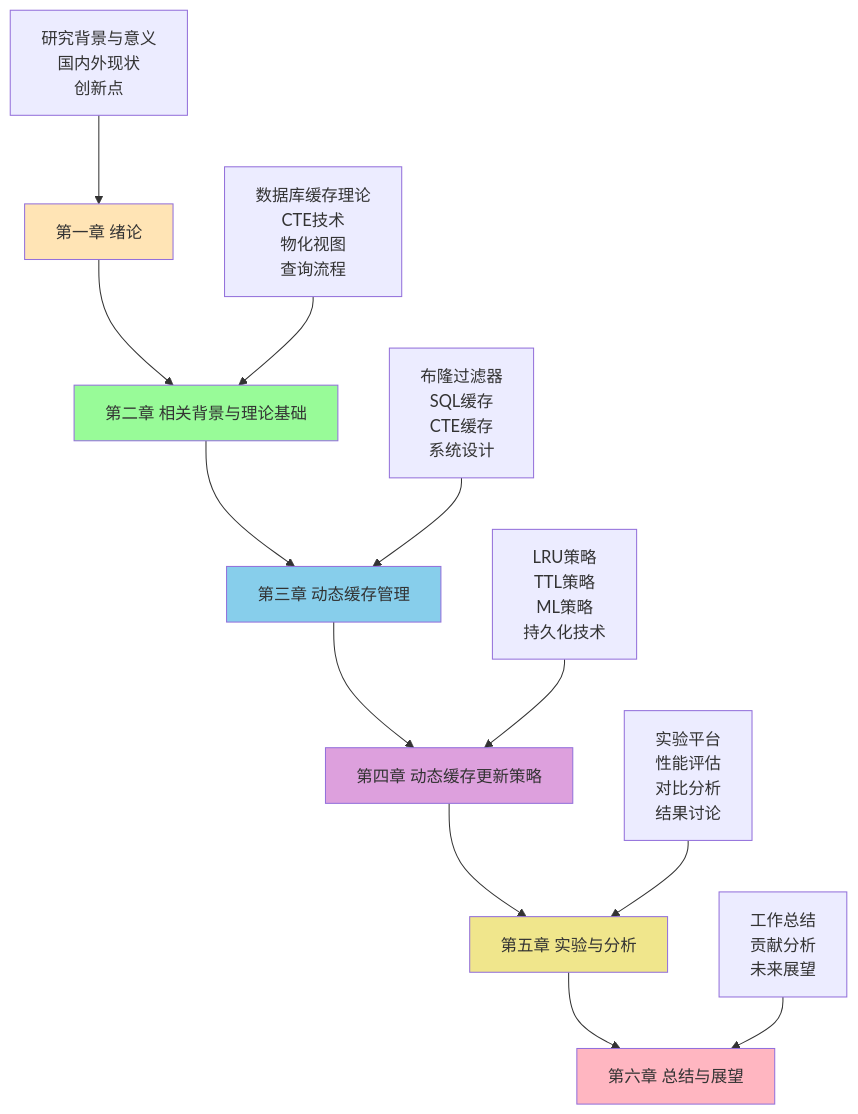
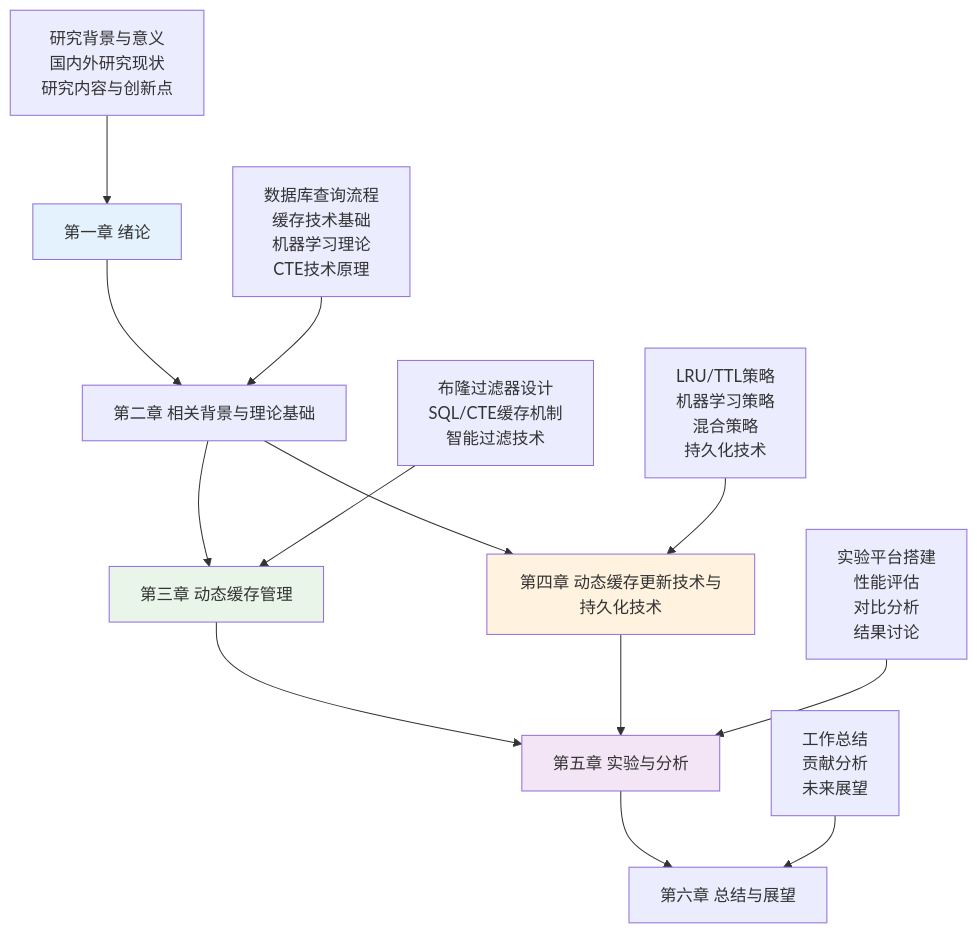
Before and after one commit to crazypenguincode/duckdb: the second of 2 diagrams in md/第一章-绪论.md, drawn with Mermaid. The commit also changed other lines of this file and 361 other files, not shown here.

````diff
--- a/md/第一章-绪论.md
+++ b/md/第一章-绪论.md
@@ -327,22 +375,21 @@
 ```mermaid
 graph TD
     A[第一章 绪论] --> B[第二章 相关背景与理论基础]
     B --> C[第三章 动态缓存管理]
-    C --> D[第四章 动态缓存更新策略]
-    D --> E[第五章 实验与分析]
+    B --> D[第四章 动态缓存更新技术与持久化技术]
+    C --> E[第五章 实验与分析]
+    D --> E
     E --> F[第六章 总结与展望]
     
-    A1[研究背景与意义<br/>国内外现状<br/>创新点] --> A
-    B1[数据库缓存理论<br/>CTE技术<br/>物化视图<br/>查询流程] --> B
-    C1[布隆过滤器<br/>SQL缓存<br/>CTE缓存<br/>系统设计] --> C
-    D1[LRU策略<br/>TTL策略<br/>ML策略<br/>持久化技术] --> D
-    E1[实验平台<br/>性能评估<br/>对比分析<br/>结果讨论] --> E
+    A1[研究背景与意义<br/>国内外研究现状<br/>研究内容与创新点] --> A
+    B1[数据库查询流程<br/>缓存技术基础<br/>机器学习理论<br/>CTE技术原理] --> B
+    C1[布隆过滤器设计<br/>SQL/CTE缓存机制<br/>智能过滤技术] --> C
+    D1[LRU/TTL策略<br/>机器学习策略<br/>混合策略<br/>持久化技术] --> D
+    E1[实验平台搭建<br/>性能评估<br/>对比分析<br/>结果讨论] --> E
     F1[工作总结<br/>贡献分析<br/>未来展望] --> F
     
-    style A fill:#FFE4B5
-    style B fill:#98FB98
-    style C fill:#87CEEB
-    style D fill:#DDA0DD
-    style E fill:#F0E68C
-    style F fill:#FFB6C1
+    style A fill:#e3f2fd
+    style C fill:#e8f5e8
+    style D fill:#fff3e0
+    style E fill:#f3e5f5
 ```
````
